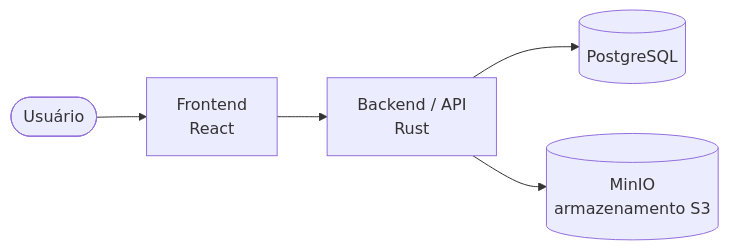
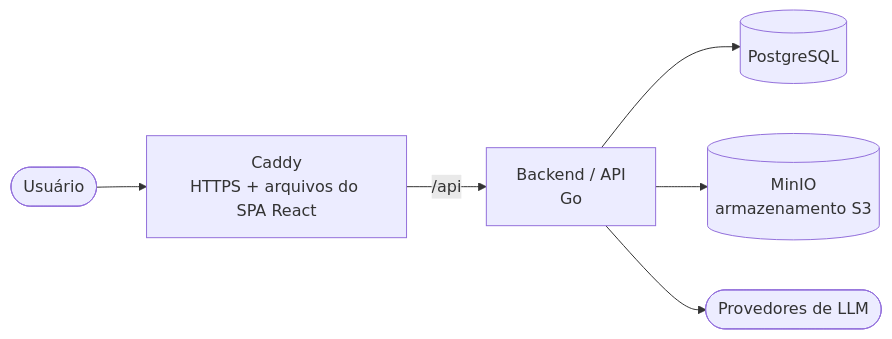
Before and after one commit to dannilodms/forgespark: the diagram in README.pt-BR.md, drawn with Mermaid. The commit also changed other lines of this file and 7 other files, not shown here.

````diff
--- a/README.pt-BR.md
+++ b/README.pt-BR.md
@@ -43,7 +43,8 @@
 ```mermaid
 flowchart LR
-    user([Usuário]) --> web[Frontend<br/>React]
-    web --> api[Backend / API<br/>Rust]
+    user([Usuário]) --> proxy[Caddy<br/>HTTPS + arquivos do SPA React]
+    proxy -->|/api| api[Backend / API<br/>Go]
     api --> db[(PostgreSQL)]
     api --> storage[(MinIO<br/>armazenamento S3)]
+    api --> llm([Provedores de LLM])
 ```
````
